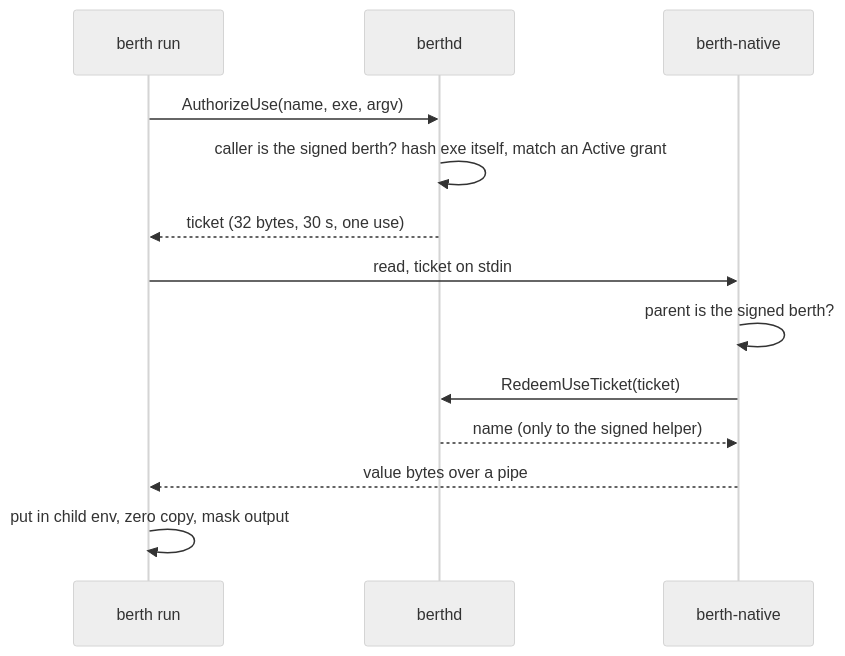
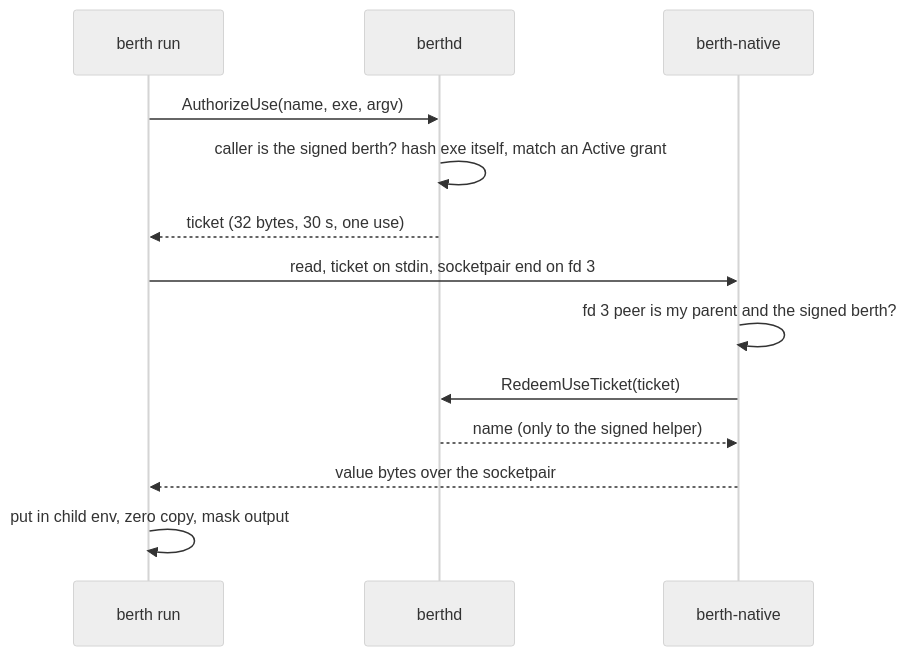
One commit to WesleyBLDC/berth changed the sixth of 6 diagrams in ARCHITECTURE.md. Above: the diagram before and after it, drawn with Mermaid (neutral theme). The commit also changed other lines of this file and 19 other files, not shown here.

Commit message:
Check who receives a secret value instead of which helper berth starts

````diff
--- a/ARCHITECTURE.md
+++ b/ARCHITECTURE.md
@@ -263,15 +263,15 @@
 ```mermaid
 sequenceDiagram
   participant R as berth run
   participant D as berthd
   participant N as berth-native
   R->>D: AuthorizeUse(name, exe, argv)
   D->>D: caller is the signed berth? hash exe itself, match an Active grant
   D-->>R: ticket (32 bytes, 30 s, one use)
-  R->>N: read, ticket on stdin
-  N->>N: parent is the signed berth?
+  R->>N: read, ticket on stdin, socketpair end on fd 3
+  N->>N: fd 3 peer is my parent and the signed berth?
   N->>D: RedeemUseTicket(ticket)
   D-->>N: name (only to the signed helper)
-  N-->>R: value bytes over a pipe
+  N-->>R: value bytes over the socketpair
   R->>R: put in child env, zero copy, mask output
 ```
````
